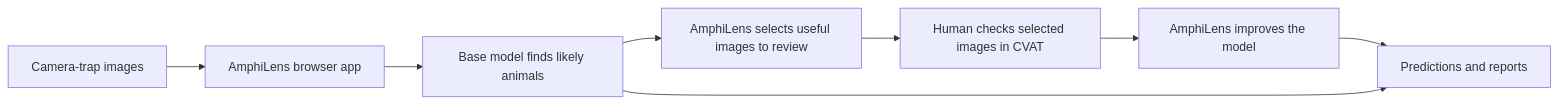
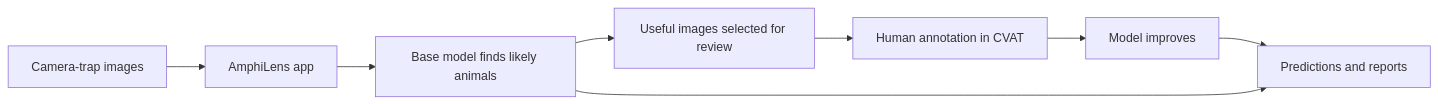
Before and after one commit to joshsalako/amphilens: the diagram in README.md, drawn with Mermaid. The commit also changed other lines of this file and 4 other files, not shown here.

````diff
--- a/README.md
+++ b/README.md
@@ -17,10 +16,10 @@
 ```mermaid
 flowchart LR
-    A[Camera-trap images] --> B[AmphiLens browser app]
+    A[Camera-trap images] --> B[AmphiLens app]
     B --> C[Base model finds likely animals]
-    C --> D[AmphiLens selects useful images to review]
-    D --> E[Human checks selected images in CVAT]
-    E --> F[AmphiLens improves the model]
+    C --> D[Useful images selected for review]
+    D --> E[Human annotation in CVAT]
+    E --> F[Model improves]
     F --> G[Predictions and reports]
     C --> G
 ```
````
